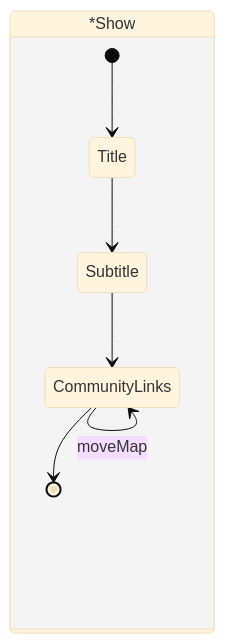
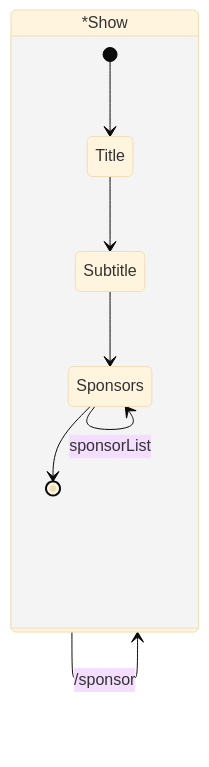
Diagram 31 of 37 in README.md (Wilfongjt/lb-A), drawn with Mermaid before and after one commit. The commit also changed other lines of this file, not shown here.

````diff
--- a/README.md
+++ b/README.md
@@ -325,17 +595,17 @@
 ```mermaid
 
 %%{init: {'securityLevel': 'loose', 'theme':'base'}}%%
 stateDiagram
  
  state *Show
      {
     [*] --> Title
     Title --> Subtitle
-    Subtitle --> CommunityLinks
-    CommunityLinks --> [*]
+    Subtitle --> Sponsors
+    Sponsors --> [*]
   }
  
-CommunityLinks --> CommunityLinks : communityList
-    CommunityLinks --> CommunityLinks : moveMap
+*Show --> *Show : /sponsor
+Sponsors --> Sponsors : sponsorList
  
 ```
````
